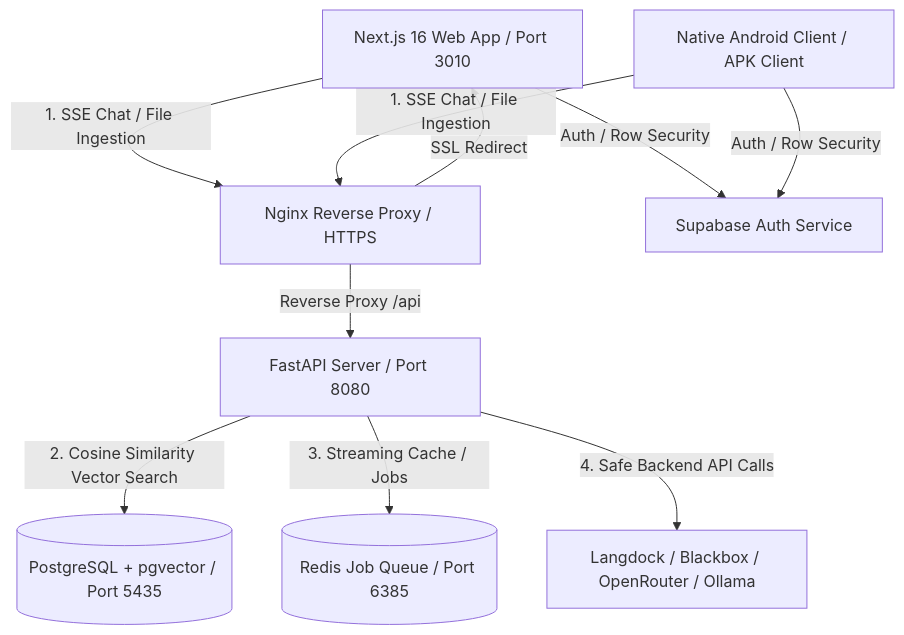
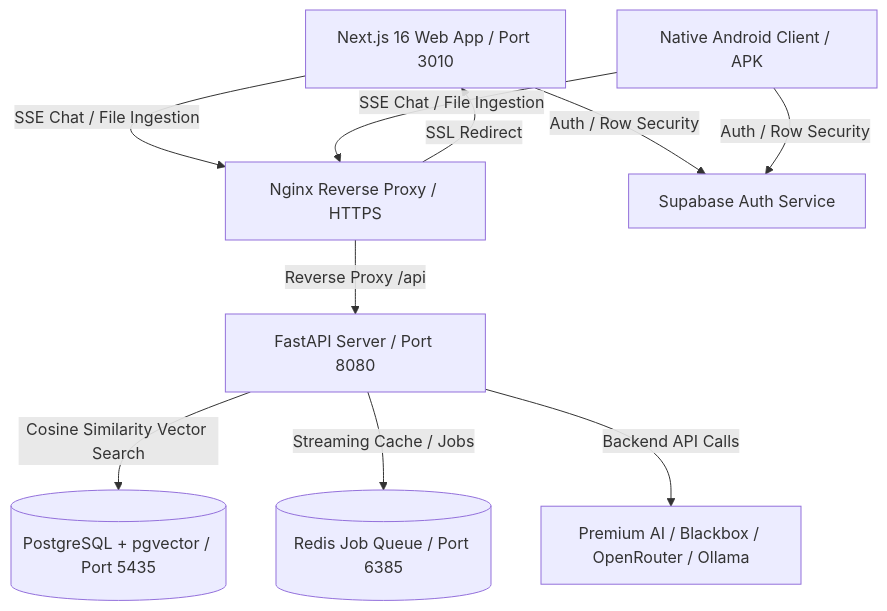
The diagram in README.md (janpaul80/AtlasLM), drawn with Mermaid before and after one commit. The commit also changed other lines of this file, not shown here.

Commit message:
docs: rewrite README with logo, human tone, remove Langdock references

````diff
--- a/README.md
+++ b/README.md
@@ -45,22 +51,22 @@
 ```mermaid
 graph TD
     Client[Next.js 16 Web App / Port 3010]
-    Android[Native Android Client / APK Client]
+    Android[Native Android Client / APK]
     Nginx[Nginx Reverse Proxy / HTTPS]
     API[FastAPI Server / Port 8080]
     DB[(PostgreSQL + pgvector / Port 5435)]
     Cache[(Redis Job Queue / Port 6385)]
     Supabase[Supabase Auth Service]
-    
+
     Nginx -->|SSL Redirect| Client
     Nginx -->|Reverse Proxy /api| API
-    
-    Client -->|1. SSE Chat / File Ingestion| Nginx
-    Android -->|1. SSE Chat / File Ingestion| Nginx
+
+    Client -->|SSE Chat / File Ingestion| Nginx
+    Android -->|SSE Chat / File Ingestion| Nginx
     Client -->|Auth / Row Security| Supabase
     Android -->|Auth / Row Security| Supabase
-    
-    API -->|2. Cosine Similarity Vector Search| DB
-    API -->|3. Streaming Cache / Jobs| Cache
-    API -->|4. Safe Backend API Calls| Providers[Langdock / Blackbox / OpenRouter / Ollama]
+
+    API -->|Cosine Similarity Vector Search| DB
+    API -->|Streaming Cache / Jobs| Cache
+    API -->|Backend API Calls| Providers[Premium AI / Blackbox / OpenRouter / Ollama]
 ```
````
